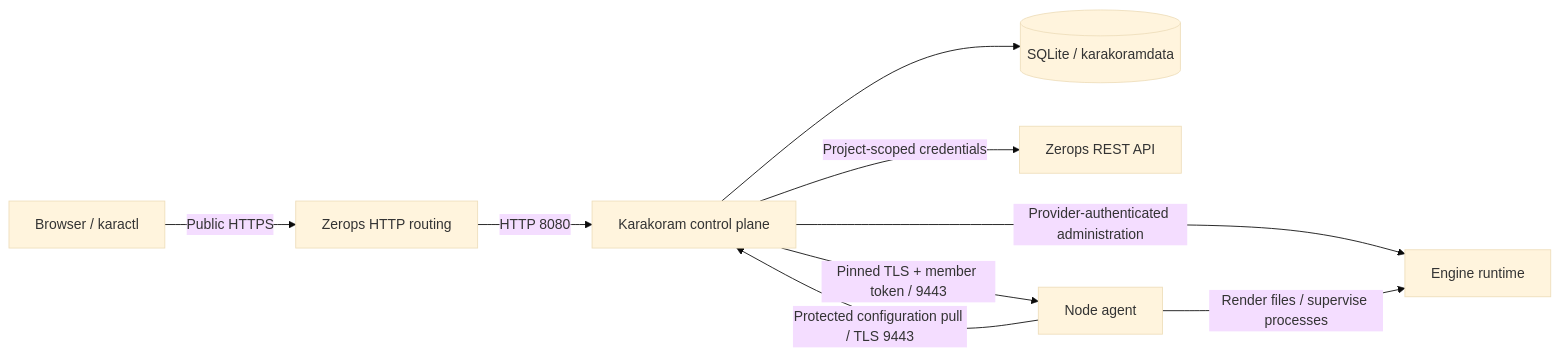
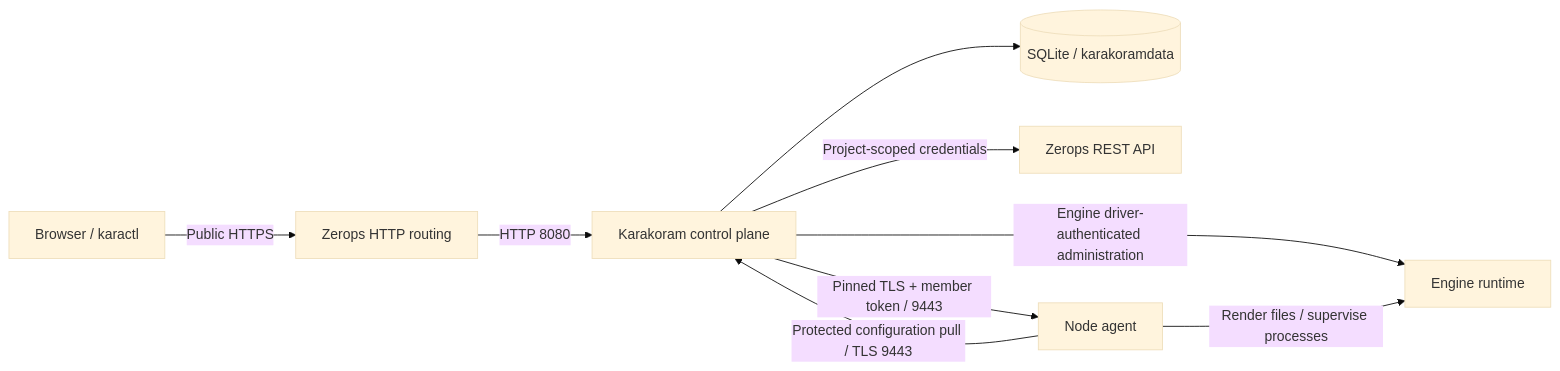
The diagram in docs/architecture.md (KarakoramDev/Karakoram), drawn with Mermaid (base theme) before and after one commit. The commit also changed other lines of this file and 101 other files, not shown here.

````diff
--- a/docs/architecture.md
+++ b/docs/architecture.md
@@ -11,11 +11,11 @@
 ```mermaid
 flowchart LR
   Client[Browser / karactl] -->|Public HTTPS| Routing[Zerops HTTP routing]
   Routing -->|HTTP 8080| CP[Karakoram control plane]
   CP --> State[(SQLite / karakoramdata)]
   CP -->|Project-scoped credentials| Platform[Zerops REST API]
-  CP -->|Provider-authenticated administration| Engine[Engine runtime]
+  CP -->|Engine driver-authenticated administration| Engine[Engine runtime]
   CP -->|Pinned TLS + member token / 9443| Agent[Node agent]
   Agent -->|Protected configuration pull / TLS 9443| CP
   Agent -->|Render files / supervise processes| Engine
 ```
````
